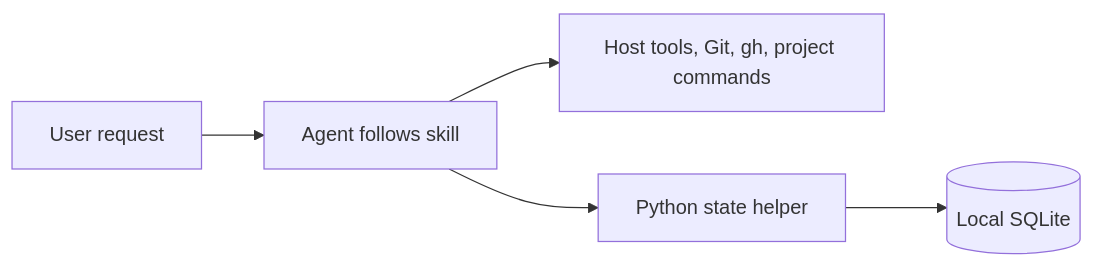
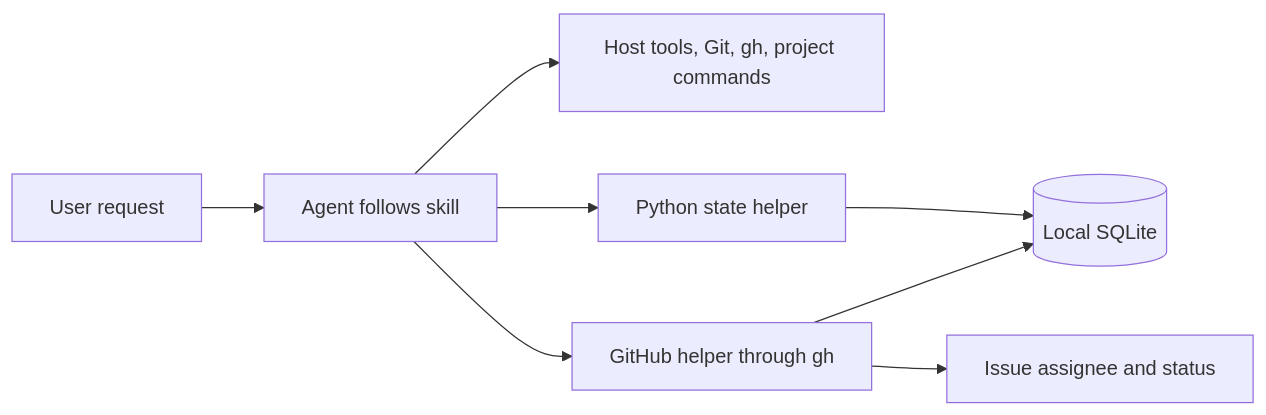
One commit to ebarti/devflow changed the first of 2 diagrams in README.md. Above: the diagram before and after it, drawn with Mermaid. The commit also changed other lines of this file and 13 other files, not shown here.

Commit message:
feat(workflow): track issue ownership and status

````diff
--- a/README.md
+++ b/README.md
@@ -46,7 +46,10 @@
 ```mermaid
 flowchart LR
     User[User request] --> Agent[Agent follows skill]
     Agent --> Tools[Host tools, Git, gh, project commands]
     Agent --> Helper[Python state helper]
     Helper --> DB[(Local SQLite)]
+    Agent --> GitHub[GitHub helper through gh]
+    GitHub --> Issues[Issue assignee and status]
+    GitHub --> DB
 ```
````
